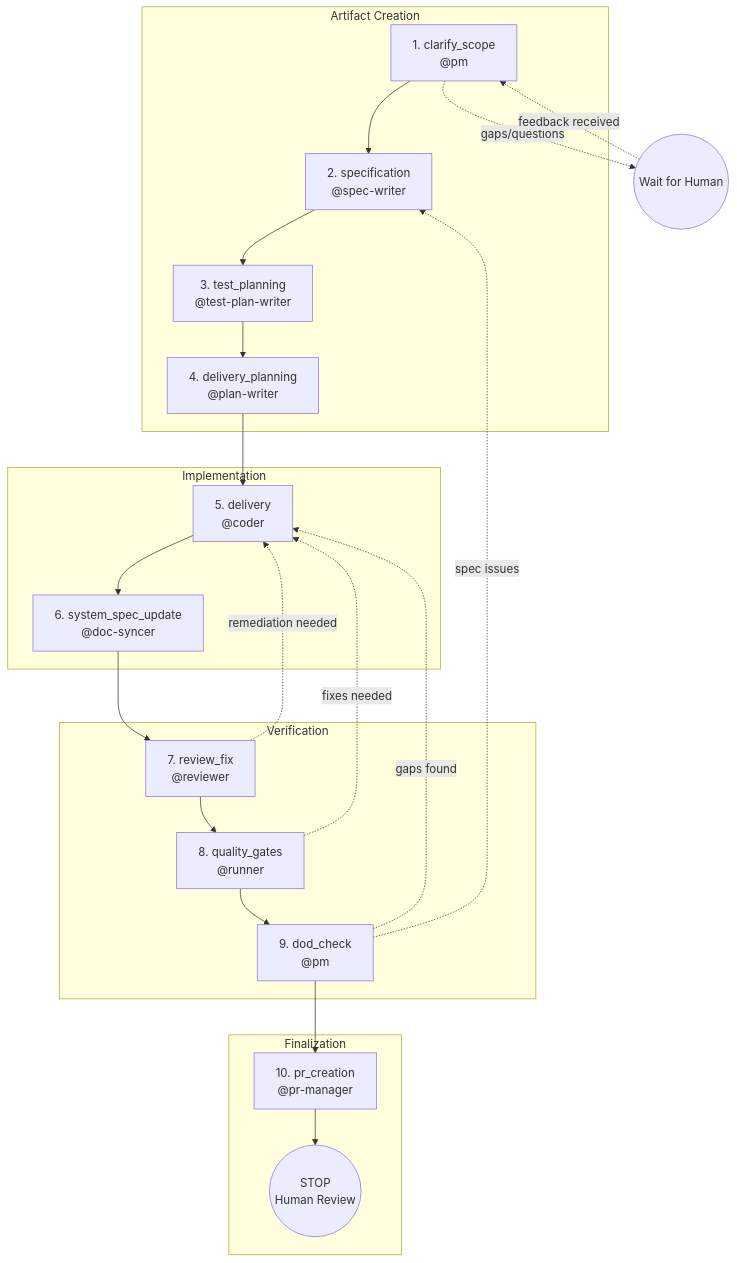
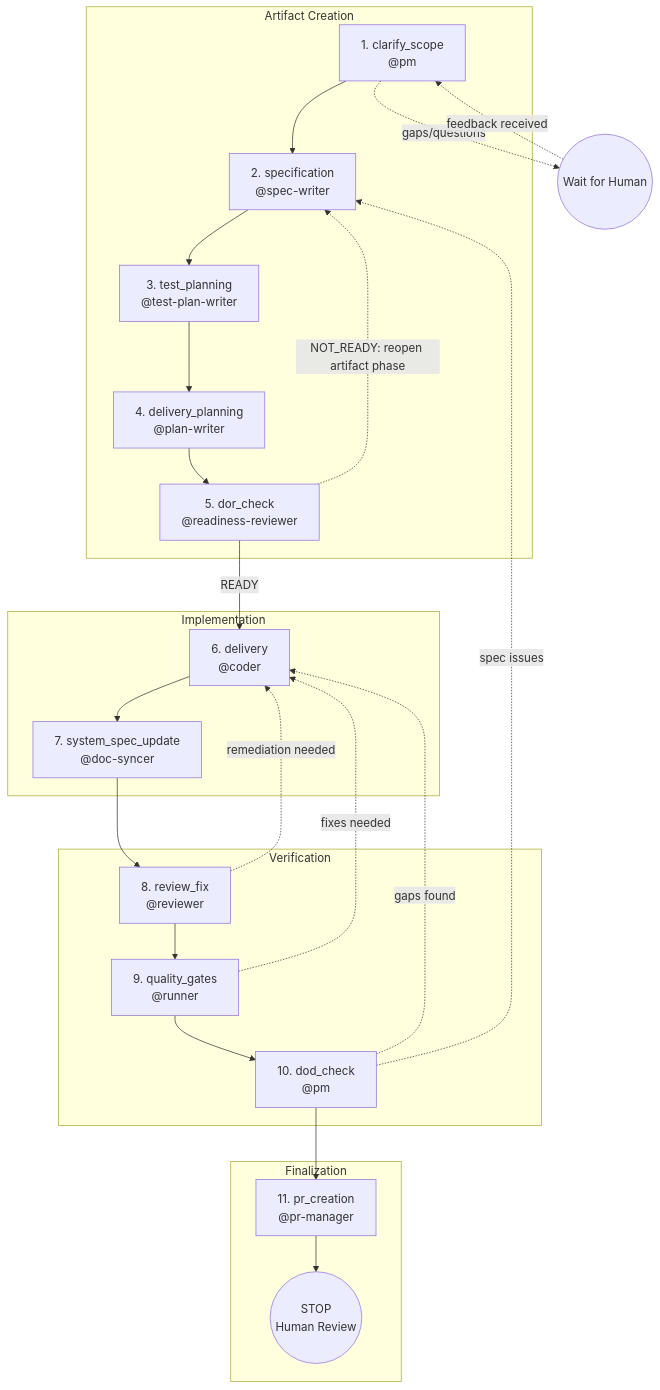
Before and after one commit to juliusz-cwiakalski/agentic-delivery-os: the diagram in doc/guides/change-lifecycle.md, drawn with Mermaid. The commit also changed other lines of this file and 11 other files, not shown here.

````diff
--- a/doc/guides/change-lifecycle.md
+++ b/doc/guides/change-lifecycle.md
@@ -50,32 +50,34 @@
 ```mermaid
 flowchart TD
     subgraph "Artifact Creation"
         A[1. clarify_scope<br/>@pm] --> B[2. specification<br/>@spec-writer]
         B --> C[3. test_planning<br/>@test-plan-writer]
         C --> D[4. delivery_planning<br/>@plan-writer]
+        D --> E[5. dor_check<br/>@readiness-reviewer]
     end
     
     subgraph "Implementation"
-        D --> E[5. delivery<br/>@coder]
-        E --> F[6. system_spec_update<br/>@doc-syncer]
+        E -->|READY| F[6. delivery<br/>@coder]
+        F --> G[7. system_spec_update<br/>@doc-syncer]
     end
     
     subgraph "Verification"
-        F --> G[7. review_fix<br/>@reviewer]
-        G --> H[8. quality_gates<br/>@runner]
-        H --> I[9. dod_check<br/>@pm]
+        G --> H[8. review_fix<br/>@reviewer]
+        H --> I[9. quality_gates<br/>@runner]
+        I --> J[10. dod_check<br/>@pm]
     end
     
     subgraph "Finalization"
-        I --> J[10. pr_creation<br/>@pr-manager]
-        J --> K((STOP<br/>Human Review))
+        J --> K[11. pr_creation<br/>@pr-manager]
+        K --> L((STOP<br/>Human Review))
     end
     
     %% Feedback loops - gaps discovered
     A -.->|gaps/questions| W((Wait for Human))
     W -.->|feedback received| A
-    G -.->|remediation needed| E
-    H -.->|fixes needed| E
-    I -.->|gaps found| E
-    I -.->|spec issues| B
+    E -.->|NOT_READY: reopen artifact phase| B
+    H -.->|remediation needed| F
+    I -.->|fixes needed| F
+    J -.->|gaps found| F
+    J -.->|spec issues| B
 ```
````
